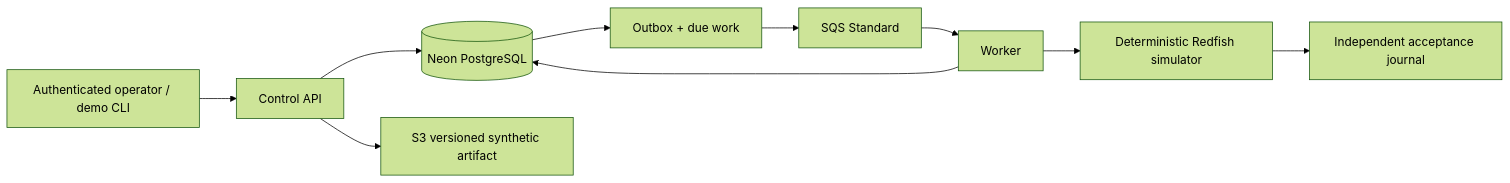
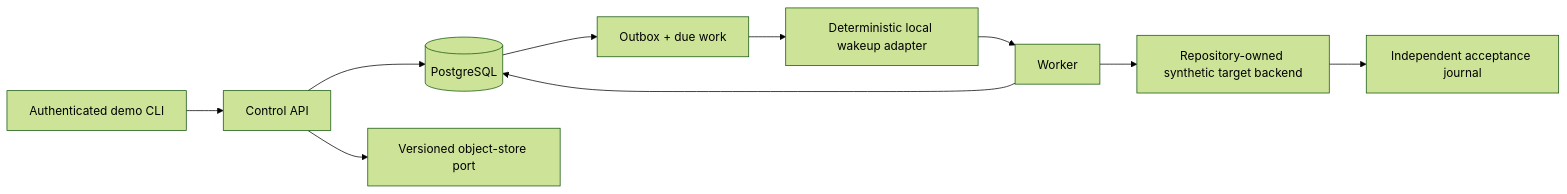
Before and after one commit to parth10-05/FleetForge: the diagram in docs/versions/v1/README.md, drawn with Mermaid (forest theme). The commit also changed other lines of this file and 64 other files, not shown here.

Commit message:
docs: align architecture with synthetic target backend

````diff
--- a/docs/versions/v1/README.md
+++ b/docs/versions/v1/README.md
@@ -12,12 +18,12 @@
 ```mermaid
 flowchart LR
-  O[Authenticated operator / demo CLI] --> API[Control API]
-  API --> DB[(Neon PostgreSQL)]
-  API --> S3[S3 versioned synthetic artifact]
-  DB --> OB[Outbox + due work]
-  OB --> Q[SQS Standard]
+  O[Authenticated demo CLI] --> API[Control API]
+  API --> DB[(PostgreSQL)]
+  API --> OBJ[Versioned object-store port]
+  DB --> DW[Outbox + due work]
+  DW --> Q[Deterministic local wakeup adapter]
   Q --> W[Worker]
-  W --> R[Deterministic Redfish simulator]
+  W --> R[Repository-owned synthetic target backend]
   R --> J[Independent acceptance journal]
   W --> DB
 ```
````
